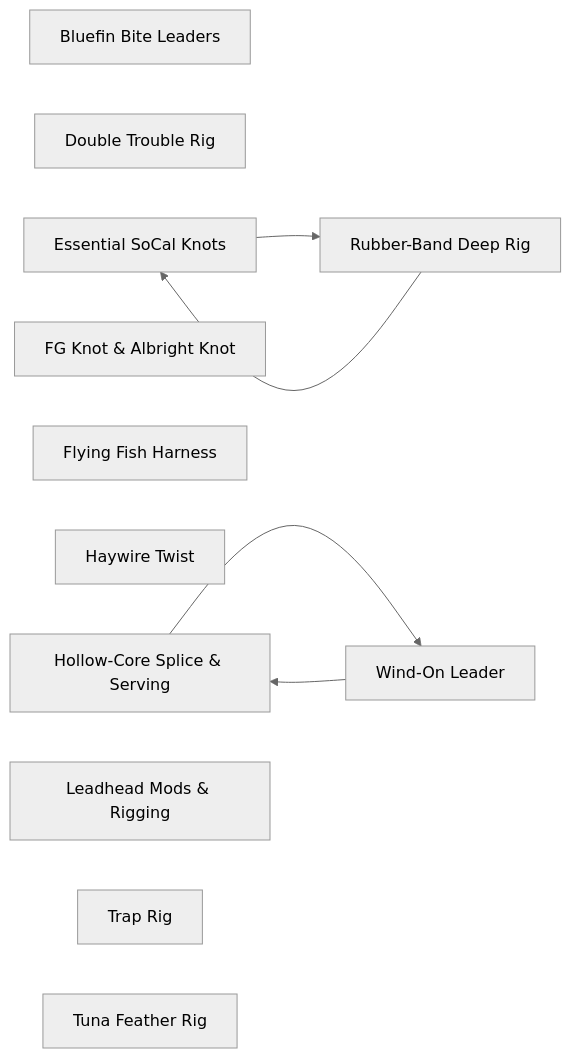
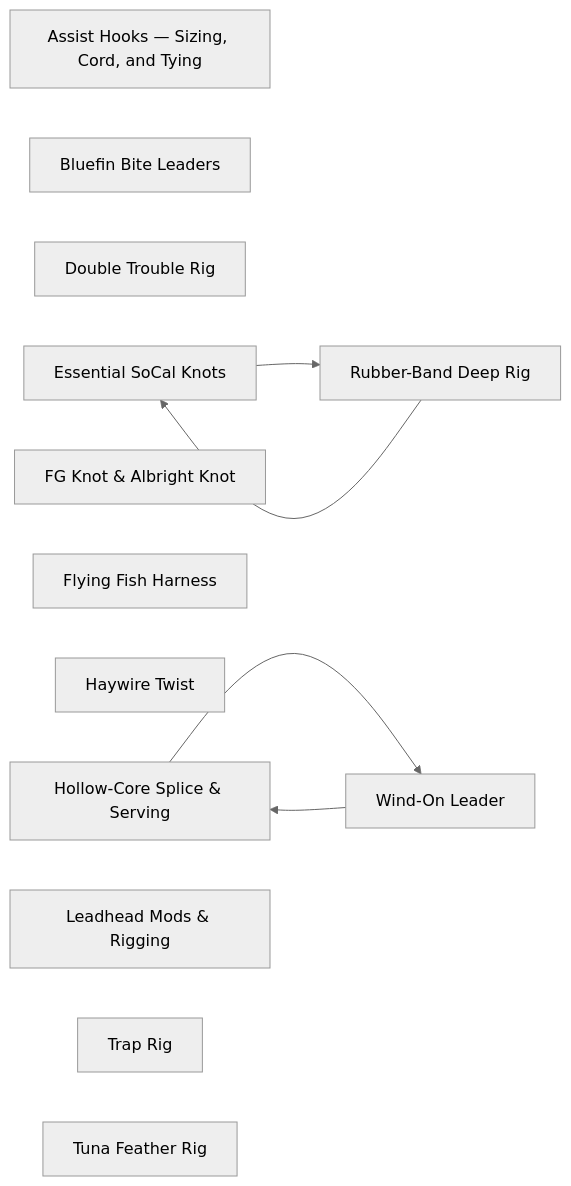
The diagram in rigging/README.md (camchuckpete-max/Socal-Fishing-Knowledge), drawn with Mermaid (neutral theme) before and after one commit. The commit also changed other lines of this file and 5 other files, not shown here.

````diff
--- a/rigging/README.md
+++ b/rigging/README.md
@@ -25,19 +26,20 @@
 ```mermaid
 graph LR
-  n0["Bluefin Bite Leaders"]
-  n1["Double Trouble Rig"]
-  n2["Essential SoCal Knots"]
-  n3["FG Knot & Albright Knot"]
-  n4["Flying Fish Harness"]
-  n5["Haywire Twist"]
-  n6["Hollow-Core Splice & Serving"]
-  n7["Leadhead Mods & Rigging"]
-  n8["Rubber-Band Deep Rig"]
-  n9["Trap Rig"]
-  n10["Tuna Feather Rig"]
-  n11["Wind-On Leader"]
-  n11 --> n6
-  n2 --> n8
-  n6 --> n11
-  n8 --> n2
+  n0["Assist Hooks — Sizing, Cord, and Tying"]
+  n1["Bluefin Bite Leaders"]
+  n2["Double Trouble Rig"]
+  n3["Essential SoCal Knots"]
+  n4["FG Knot & Albright Knot"]
+  n5["Flying Fish Harness"]
+  n6["Haywire Twist"]
+  n7["Hollow-Core Splice & Serving"]
+  n8["Leadhead Mods & Rigging"]
+  n9["Rubber-Band Deep Rig"]
+  n10["Trap Rig"]
+  n11["Tuna Feather Rig"]
+  n12["Wind-On Leader"]
+  n12 --> n7
+  n3 --> n9
+  n7 --> n12
+  n9 --> n3
 ```
````
